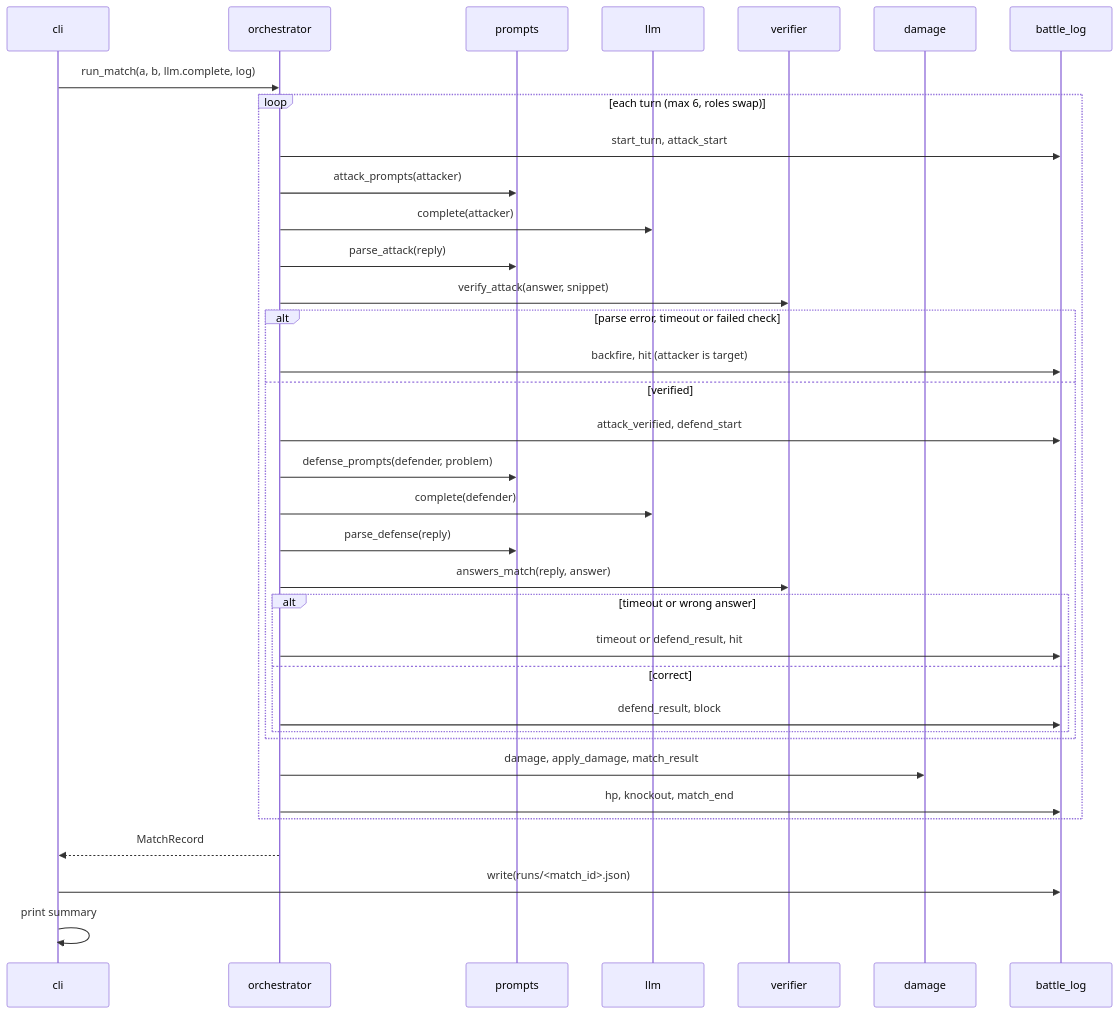
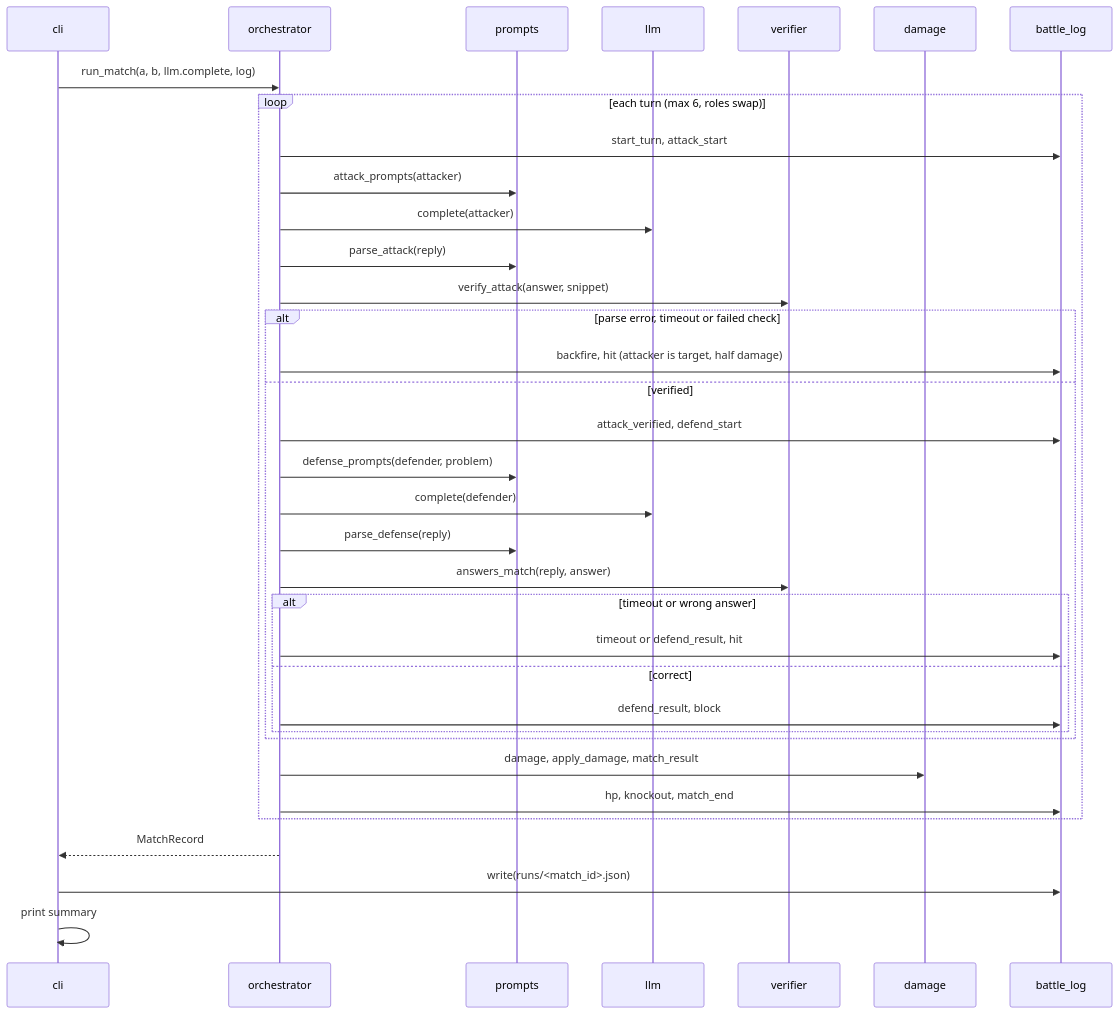
One commit to aum2606/agent-arena changed the diagram in docs/FLOW.md. Above: the diagram before and after it, drawn with Mermaid. The commit also changed 7 other files, not shown here.

Commit message:
feat(damage): backfire costs the attacker half damage

````diff
--- a/docs/FLOW.md
+++ b/docs/FLOW.md
@@ -3,38 +3,38 @@
 ```mermaid
 sequenceDiagram
     participant C as cli
     participant O as orchestrator
     participant P as prompts
     participant L as llm
     participant V as verifier
     participant D as damage
     participant G as battle_log
 
     C->>O: run_match(a, b, llm.complete, log)
     loop each turn (max 6, roles swap)
         O->>G: start_turn, attack_start
         O->>P: attack_prompts(attacker)
         O->>L: complete(attacker)
         O->>P: parse_attack(reply)
         O->>V: verify_attack(answer, snippet)
         alt parse error, timeout or failed check
-            O->>G: backfire, hit (attacker is target)
+            O->>G: backfire, hit (attacker is target, half damage)
         else verified
             O->>G: attack_verified, defend_start
             O->>P: defense_prompts(defender, problem)
             O->>L: complete(defender)
             O->>P: parse_defense(reply)
             O->>V: answers_match(reply, answer)
             alt timeout or wrong answer
                 O->>G: timeout or defend_result, hit
             else correct
                 O->>G: defend_result, block
             end
         end
         O->>D: damage, apply_damage, match_result
         O->>G: hp, knockout, match_end
     end
     O-->>C: MatchRecord
     C->>G: write(runs/<match_id>.json)
     C->>C: print summary
 ```
````
